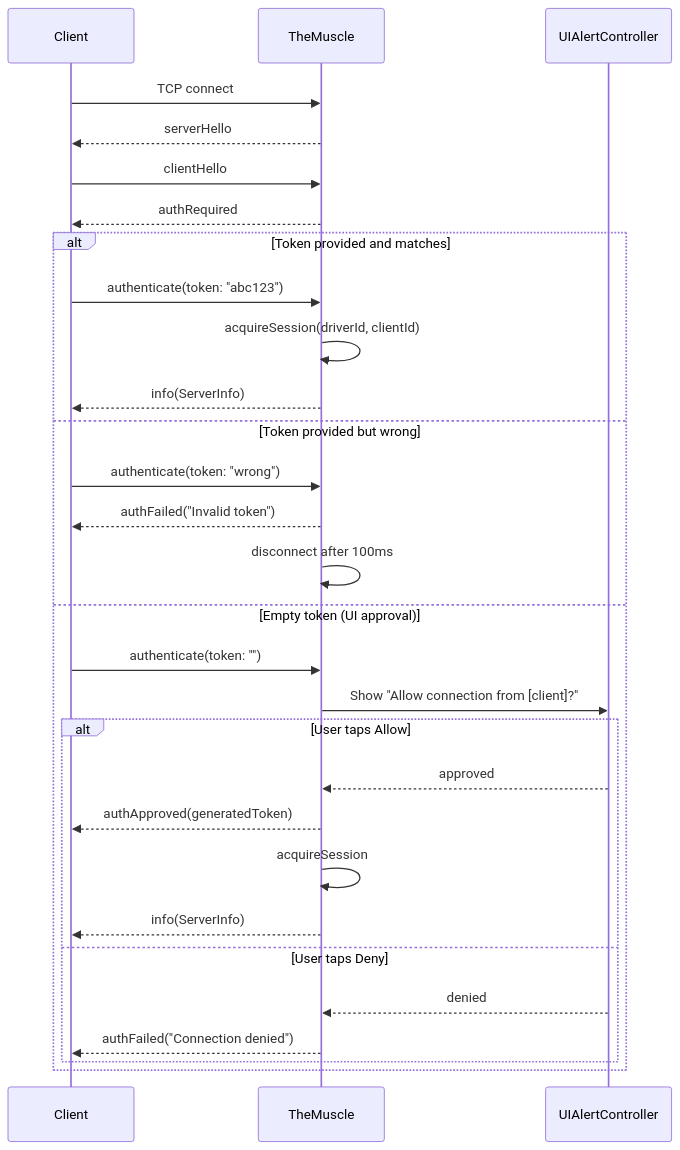
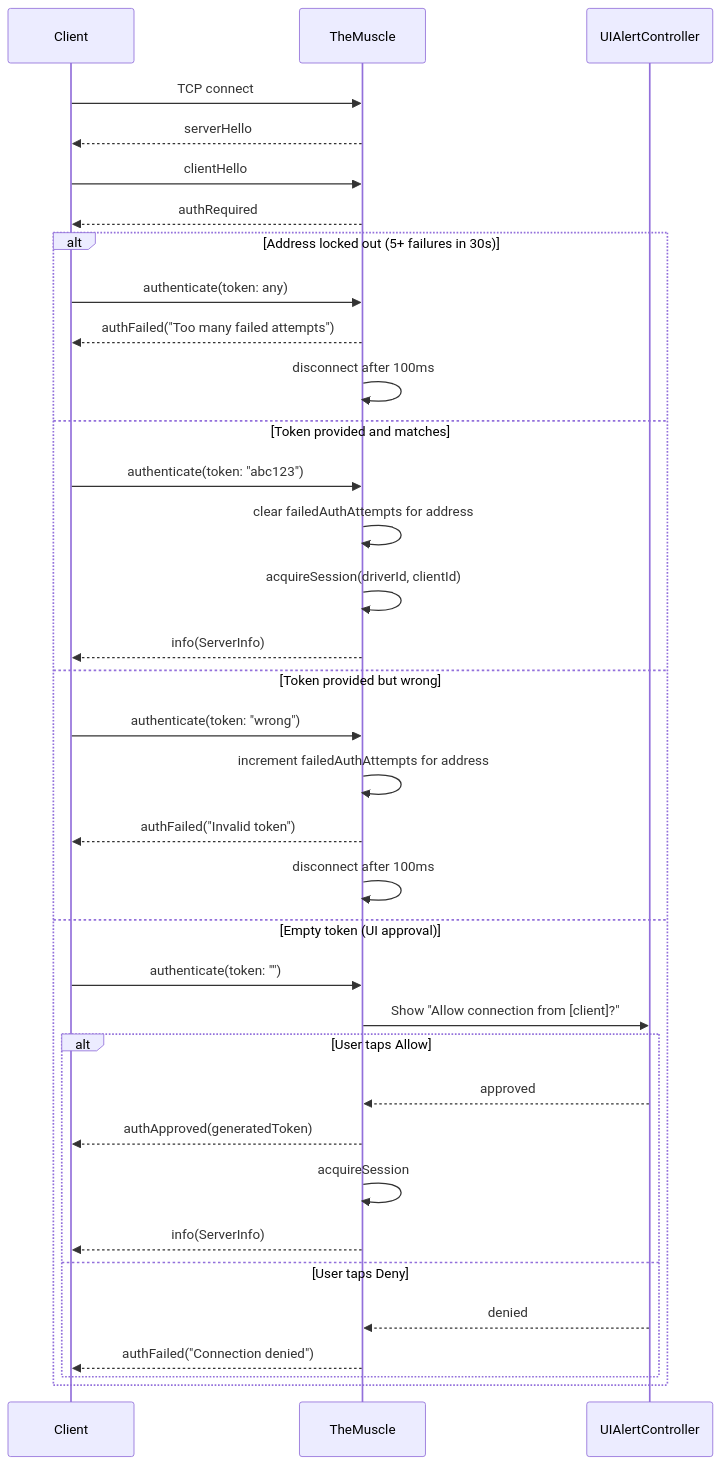
The second of 3 diagrams in docs/dossiers/06-THEMUSCLE.md (RoyalPineapple/TheButtonHeist), drawn with Mermaid before and after one commit. The commit also changed other lines of this file and 7 other files, not shown here.

````diff
--- a/docs/dossiers/06-THEMUSCLE.md
+++ b/docs/dossiers/06-THEMUSCLE.md
@@ -47,33 +48,39 @@
 ```mermaid
 sequenceDiagram
     participant C as Client
     participant M as TheMuscle
     participant UI as UIAlertController
 
     C->>M: TCP connect
     M-->>C: serverHello
     C->>M: clientHello
     M-->>C: authRequired
 
-    alt Token provided and matches
+    alt Address locked out (5+ failures in 30s)
+        C->>M: authenticate(token: any)
+        M-->>C: authFailed("Too many failed attempts")
+        M->>M: disconnect after 100ms
+    else Token provided and matches
         C->>M: authenticate(token: "abc123")
+        M->>M: clear failedAuthAttempts for address
         M->>M: acquireSession(driverId, clientId)
         M-->>C: info(ServerInfo)
     else Token provided but wrong
         C->>M: authenticate(token: "wrong")
+        M->>M: increment failedAuthAttempts for address
         M-->>C: authFailed("Invalid token")
         M->>M: disconnect after 100ms
     else Empty token (UI approval)
         C->>M: authenticate(token: "")
         M->>UI: Show "Allow connection from [client]?"
         alt User taps Allow
             UI-->>M: approved
             M-->>C: authApproved(generatedToken)
             M->>M: acquireSession
             M-->>C: info(ServerInfo)
         else User taps Deny
             UI-->>M: denied
             M-->>C: authFailed("Connection denied")
         end
     end
 ```
````
